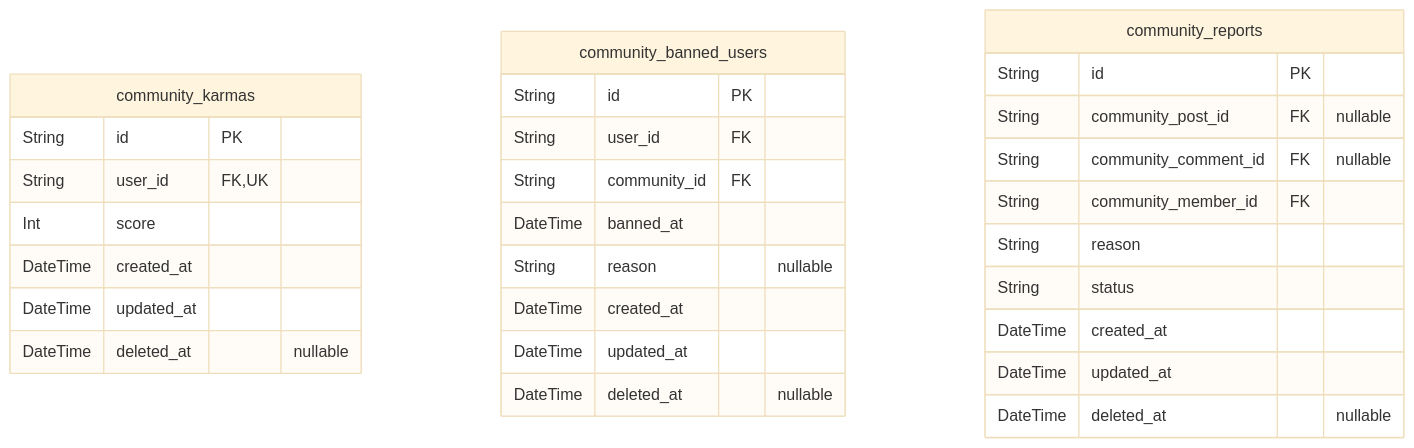
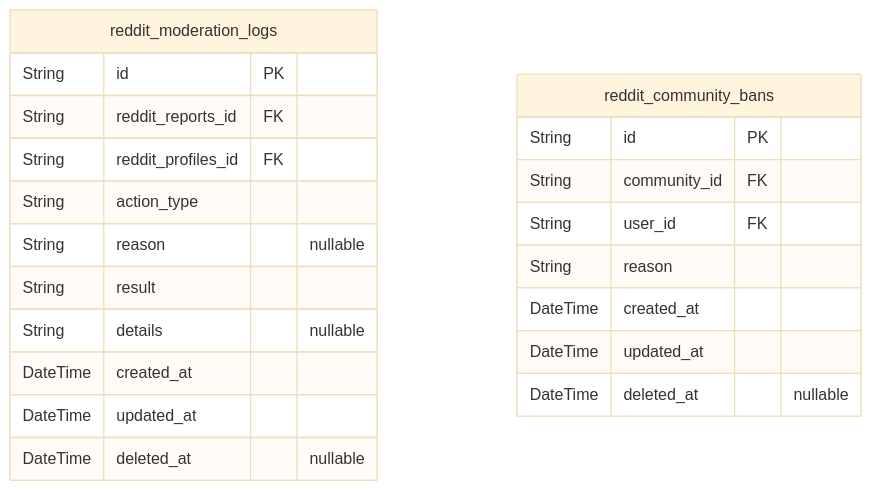
One commit to wrtnlabs/autobe-examples changed the sixth of 8 diagrams in qwen/qwen3-30b-a3b-thinking-2507/reddit/docs/ERD.md. Above: the diagram before and after it, drawn with Mermaid (base theme). The commit also changed other lines of this file and 25939 other files, not shown here.

````diff
--- a/qwen/qwen3-30b-a3b-thinking-2507/reddit/docs/ERD.md
+++ b/qwen/qwen3-30b-a3b-thinking-2507/reddit/docs/ERD.md
@@ -499,32 +608,24 @@
 ```mermaid
 erDiagram
-"community_karmas" {
+"reddit_moderation_logs" {
   String id PK
-  String user_id FK,UK
-  Int score
+  String reddit_reports_id FK
+  String reddit_profiles_id FK
+  String action_type
+  String reason "nullable"
+  String result
+  String details "nullable"
   DateTime created_at
   DateTime updated_at
   DateTime deleted_at "nullable"
 }
-"community_banned_users" {
+"reddit_community_bans" {
   String id PK
+  String community_id FK
   String user_id FK
-  String community_id FK
-  DateTime banned_at
-  String reason "nullable"
-  DateTime created_at
-  DateTime updated_at
-  DateTime deleted_at "nullable"
-}
-"community_reports" {
-  String id PK
-  String community_post_id FK "nullable"
-  String community_comment_id FK "nullable"
-  String community_member_id FK
   String reason
-  String status
   DateTime created_at
   DateTime updated_at
   DateTime deleted_at "nullable"
 }
 ```
````
